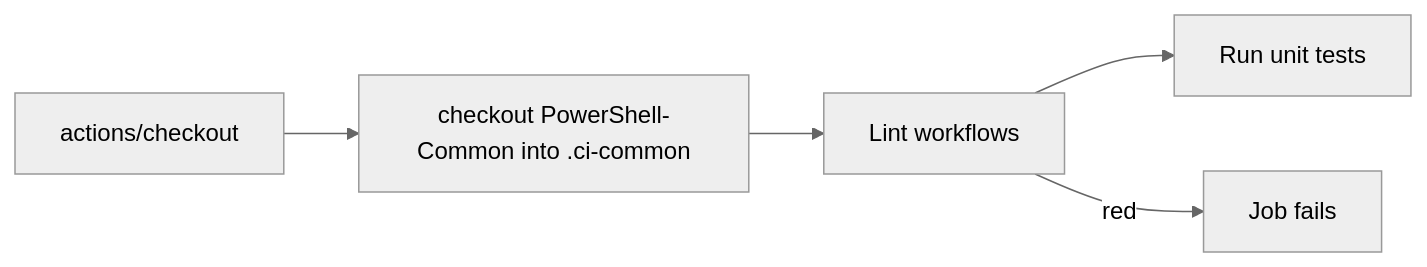
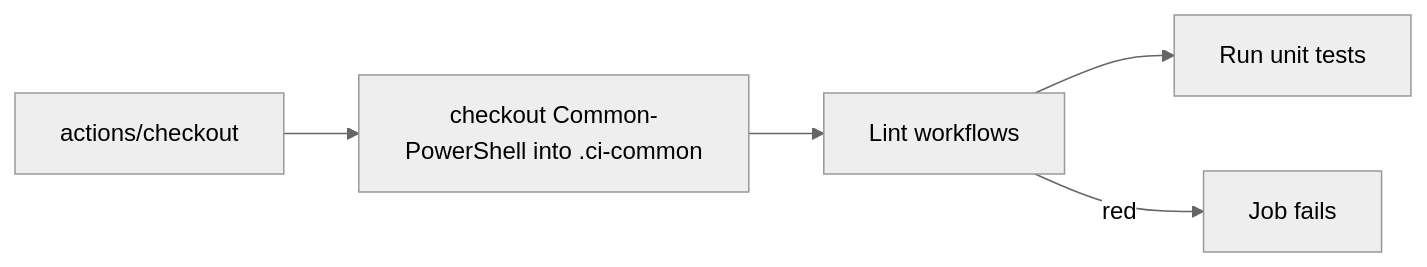
Before and after one commit to Klark-Morrigan/Common-PowerShell: the fifth of 7 diagrams in docs/dev/implementation/48 - reusable workflow lint/plan.md, drawn with Mermaid (neutral theme). The commit also changed other lines of this file and 64 other files, not shown here.

````diff
--- a/docs/dev/implementation/48 - reusable workflow lint/plan.md
+++ b/docs/dev/implementation/48 - reusable workflow lint/plan.md
@@ -277,7 +277,7 @@
 ```mermaid
 flowchart LR
-  CO[actions/checkout] --> CI[checkout PowerShell-Common into .ci-common]
+  CO[actions/checkout] --> CI[checkout Common-PowerShell into .ci-common]
   CI --> LINT[Lint workflows]
   LINT --> UNIT[Run unit tests]
   LINT -- red --> JOB[Job fails]
 ```
````
